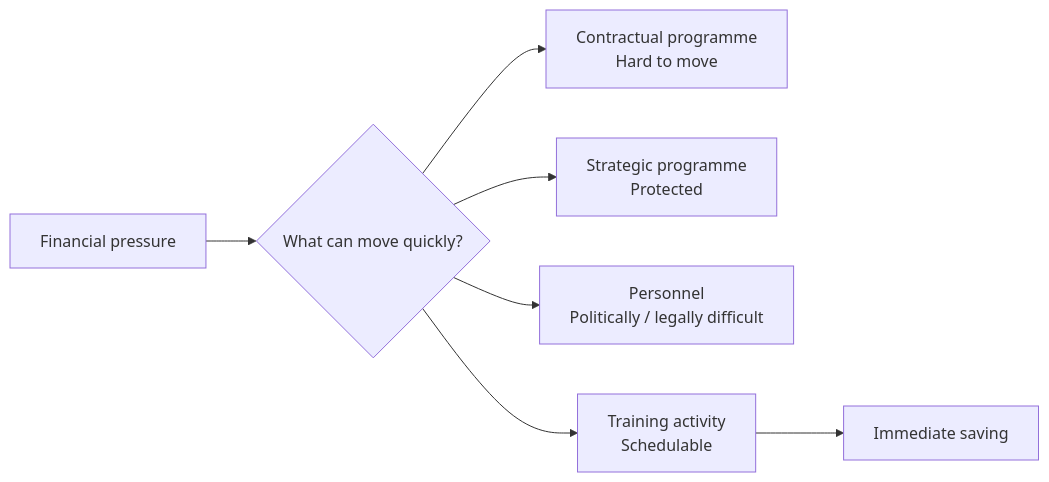
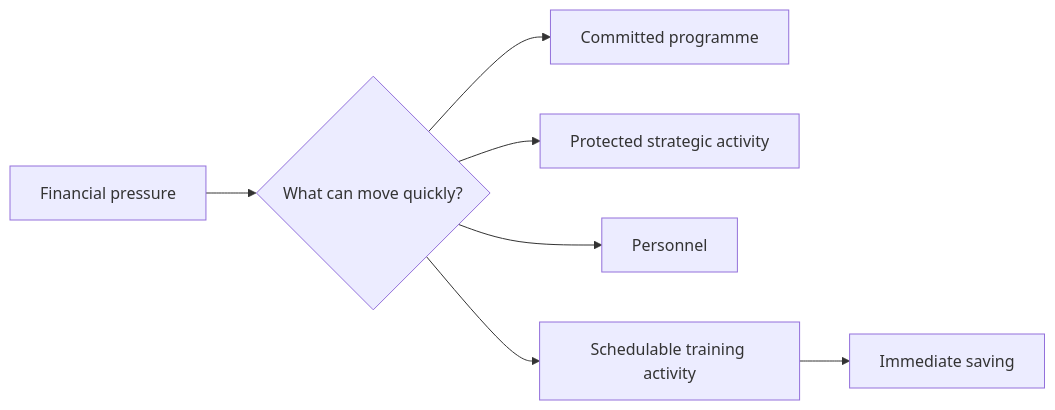
The second of 4 diagrams in 🌓_3_In_The_Moment/📲_Press_Matters/🌊_Playing_Defence/🪖_Training_Debrief/🔬_tests_and_investigations.md (josefsbreakfast/Polaris-Protocol), drawn with Mermaid before and after one commit. The commit also changed other lines of this file, not shown here.

````diff
--- a/🌓_3_In_The_Moment/📲_Press_Matters/🌊_Playing_Defence/🪖_Training_Debrief/🔬_tests_and_investigations.md
+++ b/🌓_3_In_The_Moment/📲_Press_Matters/🌊_Playing_Defence/🪖_Training_Debrief/🔬_tests_and_investigations.md
@@ -260,9 +275,9 @@
 ```mermaid
 flowchart LR
     A["Financial pressure"] --> B{"What can move quickly?"}
-    B --> C["Contractual programme\nHard to move"]
-    B --> D["Strategic programme\nProtected"]
-    B --> E["Personnel\nPolitically / legally difficult"]
-    B --> F["Training activity\nSchedulable"]
+    B --> C["Committed programme"]
+    B --> D["Protected strategic activity"]
+    B --> E["Personnel"]
+    B --> F["Schedulable training activity"]
     F --> G["Immediate saving"]
 ```
````
